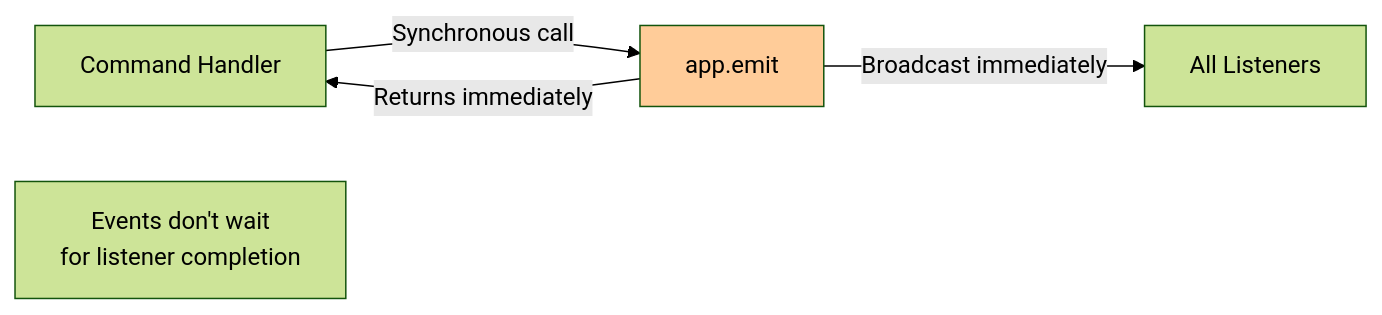
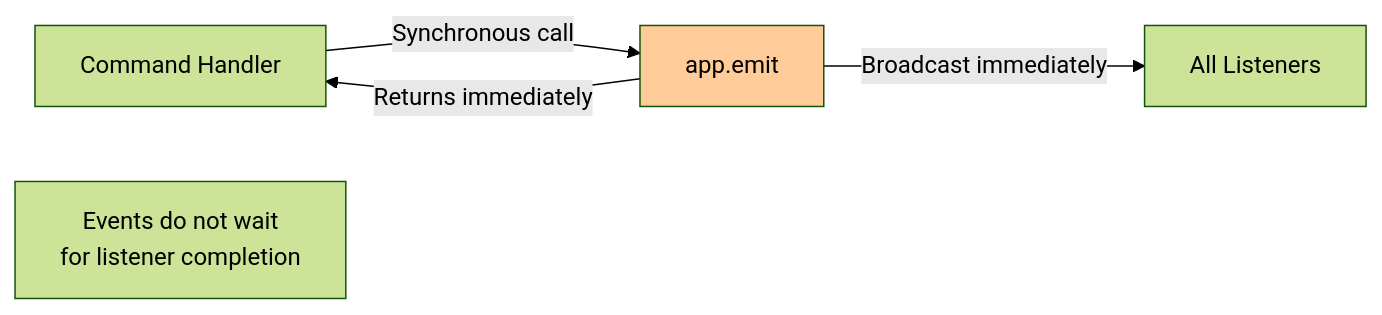
One commit to liminal-hq/threshold changed diagram 29 of 32 in docs/architecture/flow-diagrams.md. Above: the diagram before and after it, drawn with Mermaid (forest theme). The commit also changed other lines of this file and 5 other files, not shown here.

First line of the commit message:
feat: add Mermaid diagram linting with CI integration

````diff
--- a/docs/architecture/flow-diagrams.md
+++ b/docs/architecture/flow-diagrams.md
@@ -1025,14 +1025,14 @@
 ```mermaid
 graph LR
     Command[Command Handler]
     Emit[app.emit]
     Listeners[All Listeners]
     
     Command -->|Synchronous call| Emit
     Emit -->|Broadcast immediately| Listeners
     Emit -->|Returns immediately| Command
     
-    Note1[Events don't wait<br/>for listener completion]
+    Note1["Events do not wait<br/>for listener completion"]
     
     style Emit fill:#ffcc99
 ```
````
